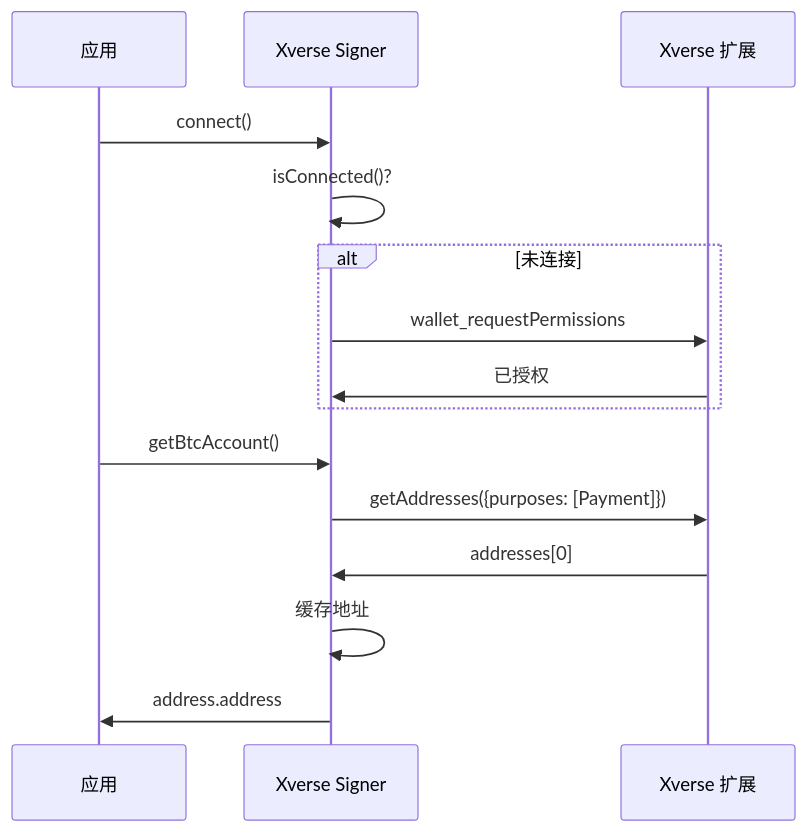
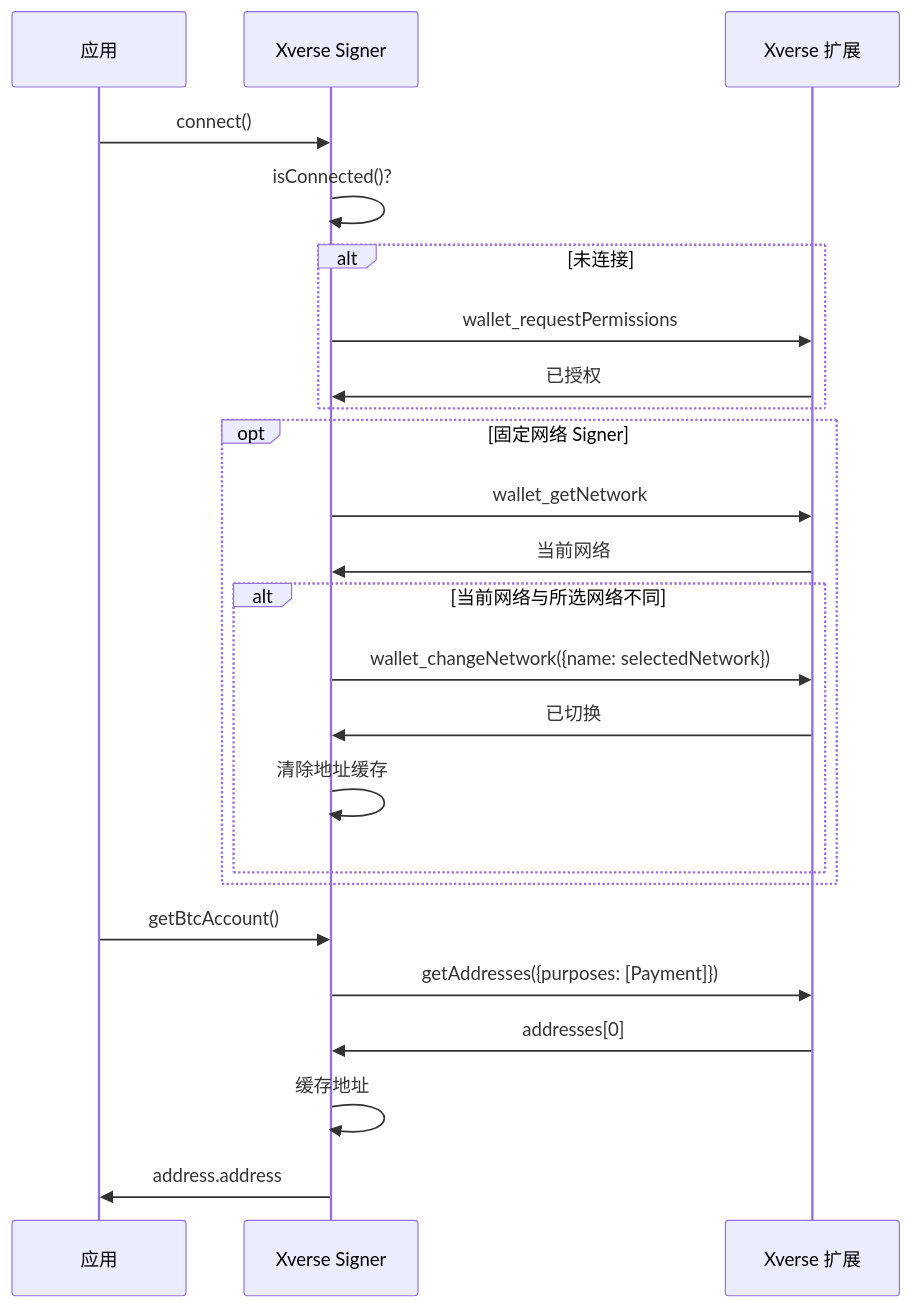
Before and after one commit to ckb-devrel/ccc: the third of 4 diagrams in packages/docs/content/docs/packages/wallet-integrations/xverse.zh.mdx, drawn with Mermaid. The commit also changed other lines of this file and 18 other files, not shown here.

````diff
--- a/packages/docs/content/docs/packages/wallet-integrations/xverse.zh.mdx
+++ b/packages/docs/content/docs/packages/wallet-integrations/xverse.zh.mdx
@@ -104,18 +104,27 @@
 ```mermaid
 sequenceDiagram
     participant App as 应用
     participant Signer as Xverse Signer
     participant Wallet as Xverse 扩展
 
     App->>Signer: connect()
     Signer->>Signer: isConnected()?
     alt 未连接
         Signer->>Wallet: wallet_requestPermissions
         Wallet->>Signer: 已授权
     end
+    opt 固定网络 Signer
+        Signer->>Wallet: wallet_getNetwork
+        Wallet->>Signer: 当前网络
+        alt 当前网络与所选网络不同
+            Signer->>Wallet: wallet_changeNetwork({name: selectedNetwork})
+            Wallet->>Signer: 已切换
+            Signer->>Signer: 清除地址缓存
+        end
+    end
     App->>Signer: getBtcAccount()
     Signer->>Wallet: getAddresses({purposes: [Payment]})
     Wallet->>Signer: addresses[0]
     Signer->>Signer: 缓存地址
     Signer->>App: address.address
 ```
````
